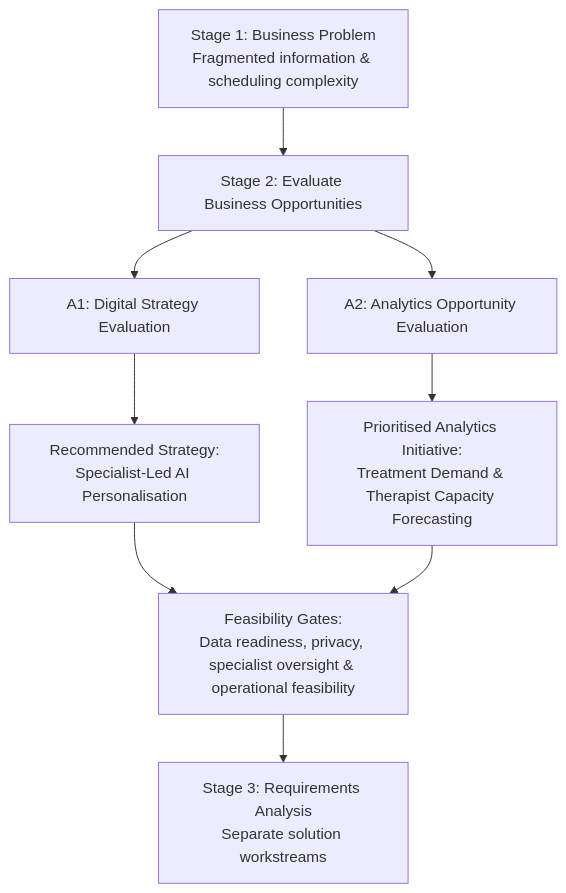
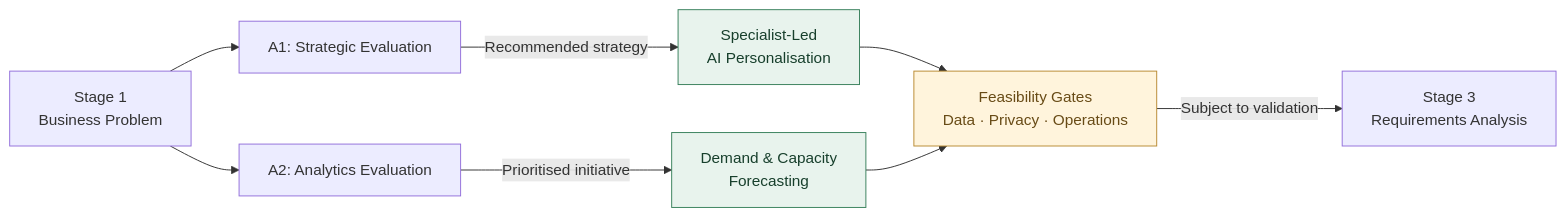
The diagram in 02-strategy-and-solution-evaluation.md (veenguyen2302-glitch/pinnacle-wellness-business-analysis), drawn with Mermaid before and after one commit. The commit also changed other lines of this file, not shown here.

````diff
--- a/02-strategy-and-solution-evaluation.md
+++ b/02-strategy-and-solution-evaluation.md
@@ -16,17 +17,30 @@
 ```mermaid
-flowchart TB
-    A["Stage 1: Business Problem<br/>Fragmented information & scheduling complexity"]
+flowchart LR
+    A["Stage 1<br/>Business Problem"]
 
-    A --> B["Stage 2: Evaluate Business Opportunities"]
+    B["A1: Strategic Evaluation"]
+    C["A2: Analytics Evaluation"]
 
-    B --> C["A1: Digital Strategy Evaluation"]
-    B --> D["A2: Analytics Opportunity Evaluation"]
+    D["Specialist-Led<br/>AI Personalisation"]
+    E["Demand & Capacity<br/>Forecasting"]
 
-    C --> E["Recommended Strategy:<br/>Specialist-Led AI Personalisation"]
-    D --> F["Prioritised Analytics Initiative:<br/>Treatment Demand & Therapist Capacity Forecasting"]
+    F["Feasibility Gates<br/>Data · Privacy · Operations"]
+    G["Stage 3<br/>Requirements Analysis"]
 
-    E --> G["Feasibility Gates:<br/>Data readiness, privacy, specialist oversight & operational feasibility"]
-    F --> G
+    A --> B
+    A --> C
 
-    G --> H["Stage 3: Requirements Analysis<br/>Separate solution workstreams"]
+    B -->|Recommended strategy| D
+    C -->|Prioritised initiative| E
+
+    D --> F
+    E --> F
+
+    F -->|Subject to validation| G
+
+    classDef selected fill:#e8f3ed,stroke:#39805c,color:#173f2c
+    classDef gate fill:#fff4dc,stroke:#b98a32,color:#684b16
+
+    class D,E selected
+    class F gate
 ```
````
